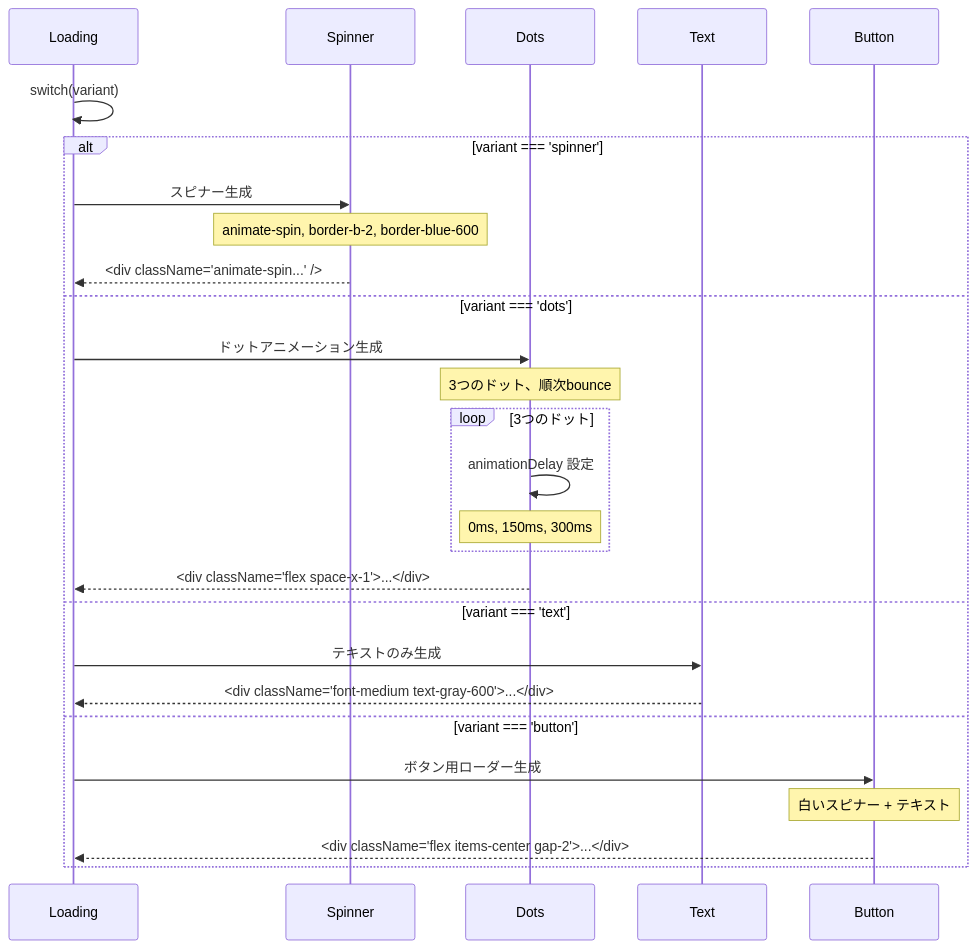
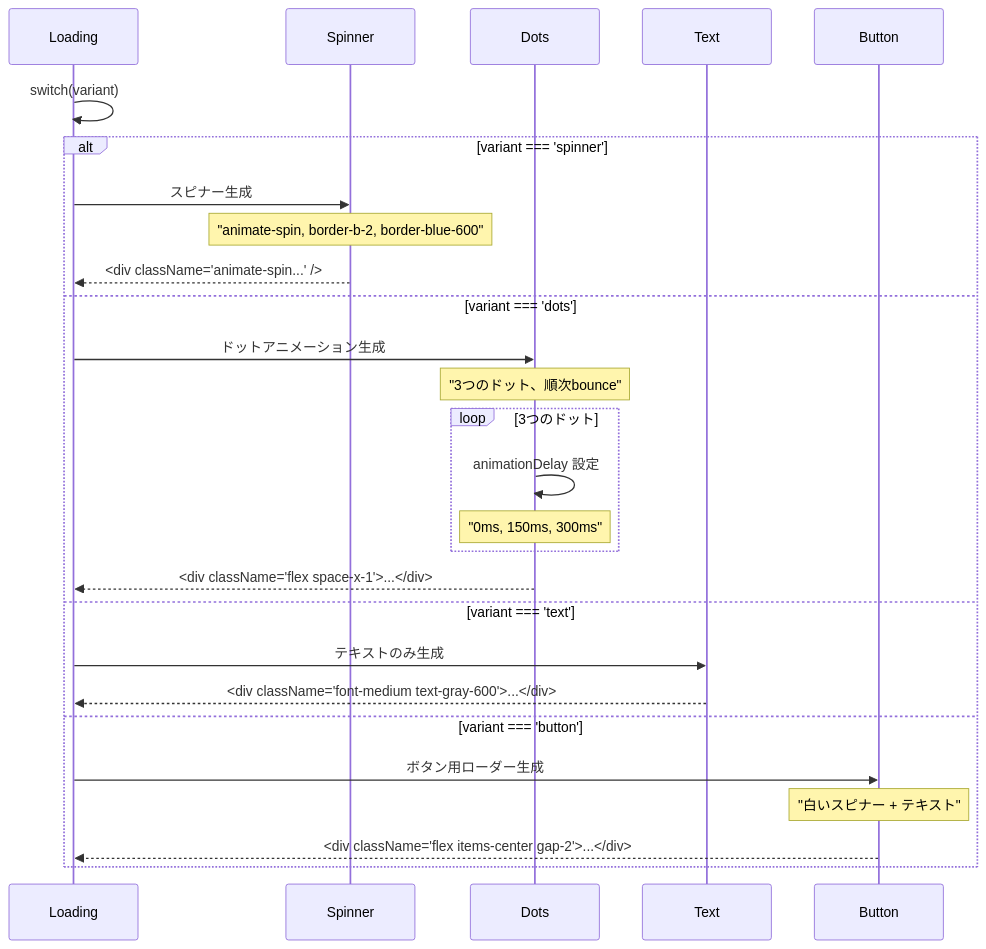
One commit to wasabi49/ocs-systemDevelopmentExercises changed the second of 8 diagrams in document/components/sequence/Loading.md. Above: the diagram before and after it, drawn with Mermaid. The commit also changed other lines of this file and 42 other files, not shown here.

First line of the commit message:
fix: mermaidシーケンス図のNote over文でダブルクォーテーション不足を修正

````diff
--- a/document/components/sequence/Loading.md
+++ b/document/components/sequence/Loading.md
@@ -25,31 +25,31 @@
 ```mermaid
 sequenceDiagram
     participant Loading as Loading
     participant Spinner as Spinner
     participant Dots as Dots
     participant Text as Text
     participant Button as Button
 
     Loading->>Loading: switch(variant)
     
     alt variant === 'spinner'
         Loading->>Spinner: スピナー生成
-        Note over Spinner: animate-spin, border-b-2, border-blue-600
+        Note over Spinner: "animate-spin, border-b-2, border-blue-600"
         Spinner-->>Loading: <div className="animate-spin..." />
     else variant === 'dots'
         Loading->>Dots: ドットアニメーション生成
-        Note over Dots: 3つのドット、順次bounce
+        Note over Dots: "3つのドット、順次bounce"
         loop 3つのドット
             Dots->>Dots: animationDelay 設定
-            Note over Dots: 0ms, 150ms, 300ms
+            Note over Dots: "0ms, 150ms, 300ms"
         end
         Dots-->>Loading: <div className="flex space-x-1">...</div>
     else variant === 'text'
         Loading->>Text: テキストのみ生成
         Text-->>Loading: <div className="font-medium text-gray-600">...</div>
     else variant === 'button'
         Loading->>Button: ボタン用ローダー生成
-        Note over Button: 白いスピナー + テキスト
+        Note over Button: "白いスピナー + テキスト"
         Button-->>Loading: <div className="flex items-center gap-2">...</div>
     end
 ```
````
